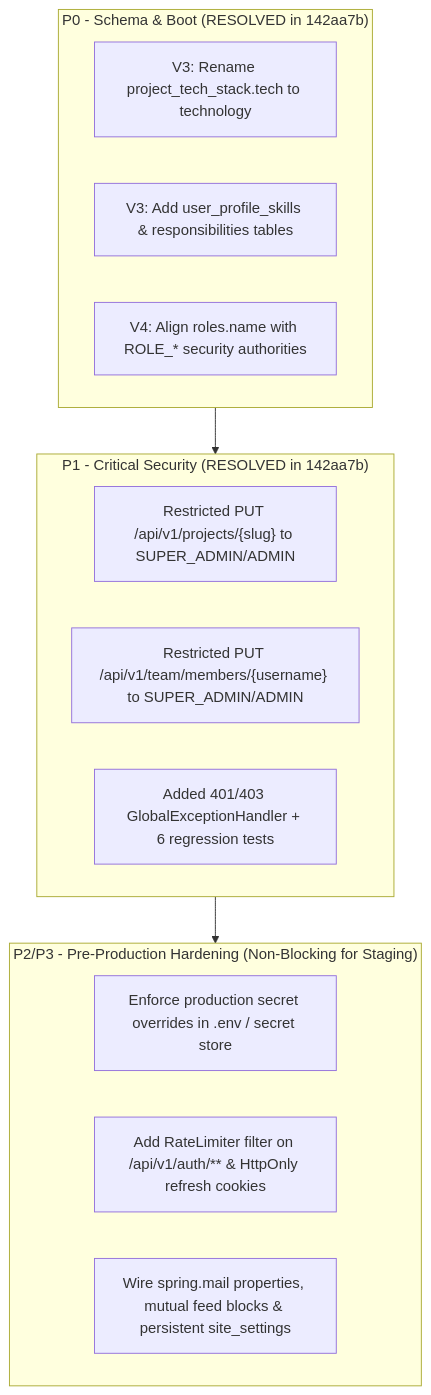
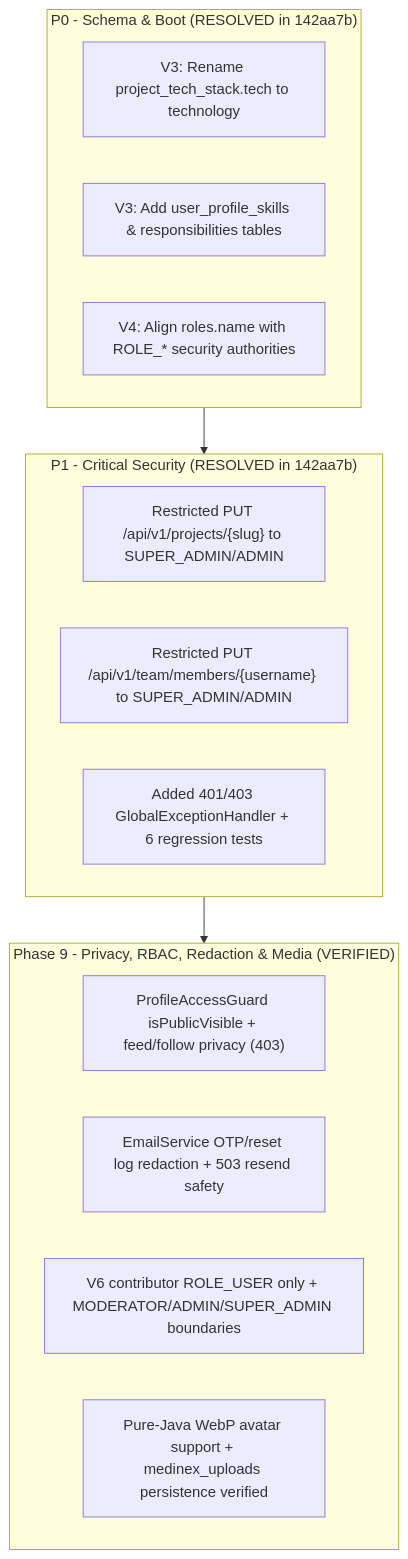
Before and after one commit to Medi-Nex/MediNex: the diagram in MEDINEX_SECURITY_AUDIT.md, drawn with Mermaid. The commit also changed other lines of this file and 81 other files, not shown here.

First line of the commit message:
feat(release): apply Phase 9 security hardening, E2E suite, and brand positioning refactor

````diff
--- a/MEDINEX_SECURITY_AUDIT.md
+++ b/MEDINEX_SECURITY_AUDIT.md
@@ -203,22 +211,23 @@
 ```mermaid
 flowchart TD
     subgraph P0_Resolved["P0 - Schema & Boot (RESOLVED in 142aa7b)"]
         B1["V3: Rename project_tech_stack.tech to technology"]
         B2["V3: Add user_profile_skills & responsibilities tables"]
         B3["V4: Align roles.name with ROLE_* security authorities"]
     end
 
     subgraph P1_Resolved["P1 - Critical Security (RESOLVED in 142aa7b)"]
         S1["Restricted PUT /api/v1/projects/{slug} to SUPER_ADMIN/ADMIN"]
         S2["Restricted PUT /api/v1/team/members/{username} to SUPER_ADMIN/ADMIN"]
         S3["Added 401/403 GlobalExceptionHandler + 6 regression tests"]
     end
 
-    subgraph P2_P3_FollowUp["P2/P3 - Pre-Production Hardening (Non-Blocking for Staging)"]
-        H1["Enforce production secret overrides in .env / secret store"]
-        H2["Add RateLimiter filter on /api/v1/auth/** & HttpOnly refresh cookies"]
-        H3["Wire spring.mail properties, mutual feed blocks & persistent site_settings"]
+    subgraph P9_Hardened["Phase 9 - Privacy, RBAC, Redaction & Media (VERIFIED)"]
+        H1["ProfileAccessGuard isPublicVisible + feed/follow privacy (403)"]
+        H2["EmailService OTP/reset log redaction + 503 resend safety"]
+        H3["V6 contributor ROLE_USER only + MODERATOR/ADMIN/SUPER_ADMIN boundaries"]
+        H4["Pure-Java WebP avatar support + medinex_uploads persistence verified"]
     end
 
-    P0_Resolved --> P1_Resolved --> P2_P3_FollowUp
+    P0_Resolved --> P1_Resolved --> P9_Hardened
 ```
````
